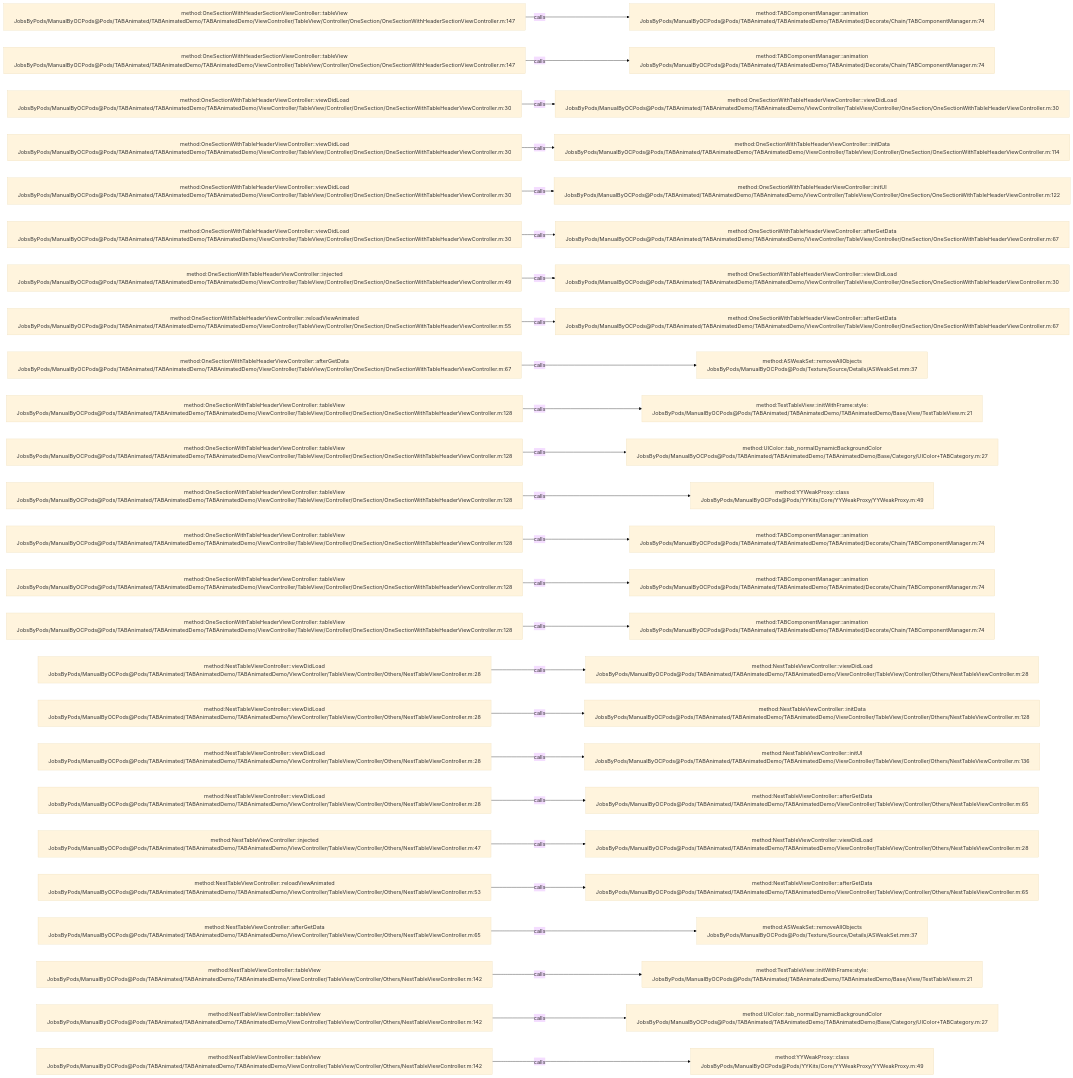
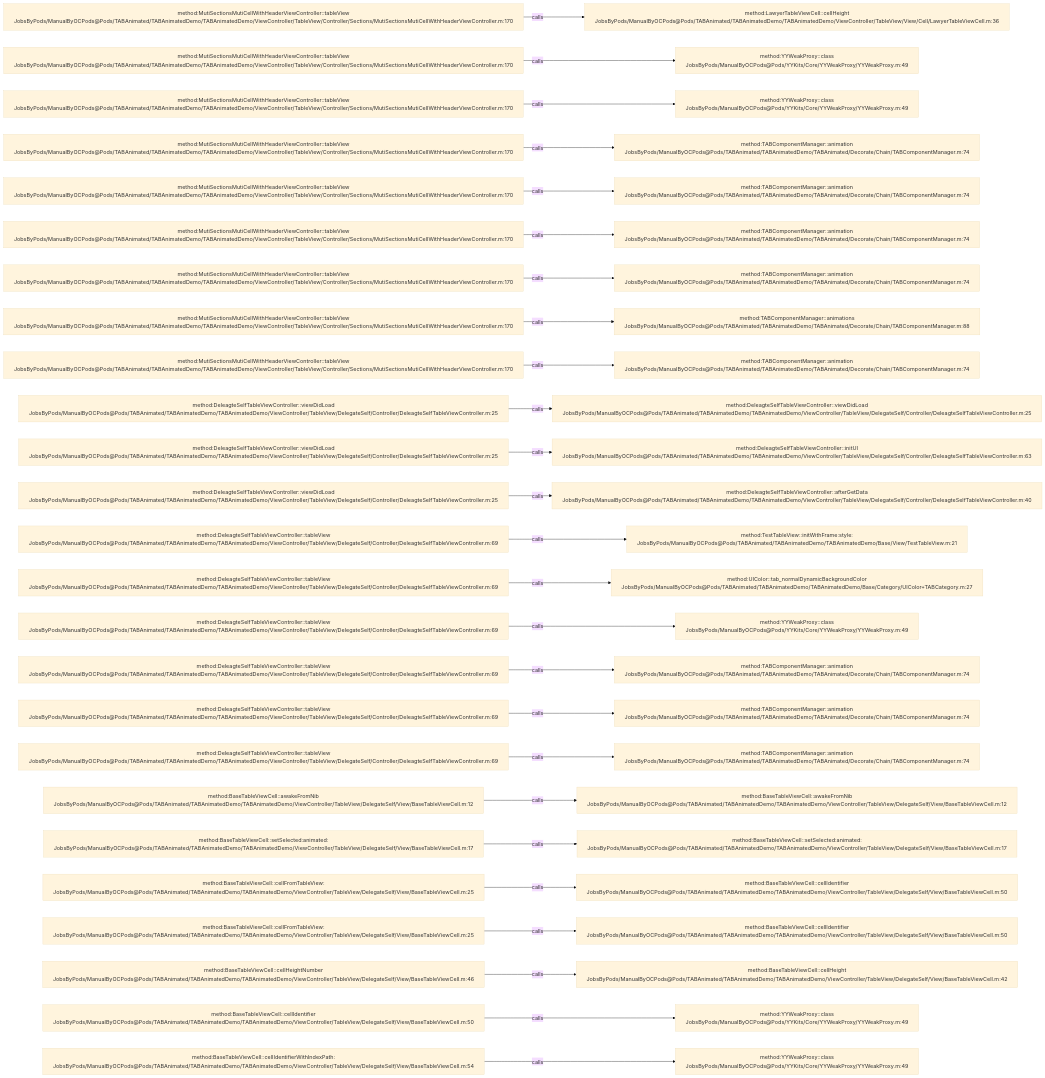
The diagram in .codegraph/codegraph.md/graphs/calls-055.md (JobsKits/JobsOCBaseConfigDemo), drawn with Mermaid (base theme) before and after one commit. The commit also changed 1448 other files, not shown here.

````diff
--- a/.codegraph/codegraph.md/graphs/calls-055.md
+++ b/.codegraph/codegraph.md/graphs/calls-055.md
@@ -13,78 +13,78 @@
 ```mermaid
 flowchart LR
-  S1["method:OneSectionWithHeaderSectionViewController::tableView<br/>JobsByPods/ManualByOCPods@Pods/TABAnimated/TABAnimatedDemo/TABAnimatedDemo/ViewController/TableView/Controller/OneSection/OneSectionWithHeaderSectionViewController.m:147"]
-  T1["method:TABComponentManager::animation<br/>JobsByPods/ManualByOCPods@Pods/TABAnimated/TABAnimatedDemo/TABAnimated/Decorate/Chain/TABComponentManager.m:74"]
+  S1["method:MutiSectionsMutiCellWithHeaderViewController::tableView<br/>JobsByPods/ManualByOCPods@Pods/TABAnimated/TABAnimatedDemo/TABAnimatedDemo/ViewController/TableView/Controller/Sections/MutiSectionsMutiCellWithHeaderViewController.m:170"]
+  T1["method:LawyerTableViewCell::cellHeight<br/>JobsByPods/ManualByOCPods@Pods/TABAnimated/TABAnimatedDemo/TABAnimatedDemo/ViewController/TableView/View/Cell/LawyerTableViewCell.m:36"]
   S1 -->|calls| T1
-  S2["method:OneSectionWithHeaderSectionViewController::tableView<br/>JobsByPods/ManualByOCPods@Pods/TABAnimated/TABAnimatedDemo/TABAnimatedDemo/ViewController/TableView/Controller/OneSection/OneSectionWithHeaderSectionViewController.m:147"]
-  T2["method:TABComponentManager::animation<br/>JobsByPods/ManualByOCPods@Pods/TABAnimated/TABAnimatedDemo/TABAnimated/Decorate/Chain/TABComponentManager.m:74"]
+  S2["method:MutiSectionsMutiCellWithHeaderViewController::tableView<br/>JobsByPods/ManualByOCPods@Pods/TABAnimated/TABAnimatedDemo/TABAnimatedDemo/ViewController/TableView/Controller/Sections/MutiSectionsMutiCellWithHeaderViewController.m:170"]
+  T2["method:YYWeakProxy::class<br/>JobsByPods/ManualByOCPods@Pods/YYKits/Core/YYWeakProxy/YYWeakProxy.m:49"]
   S2 -->|calls| T2
-  S3["method:OneSectionWithTableHeaderViewController::viewDidLoad<br/>JobsByPods/ManualByOCPods@Pods/TABAnimated/TABAnimatedDemo/TABAnimatedDemo/ViewController/TableView/Controller/OneSection/OneSectionWithTableHeaderViewController.m:30"]
-  T3["method:OneSectionWithTableHeaderViewController::viewDidLoad<br/>JobsByPods/ManualByOCPods@Pods/TABAnimated/TABAnimatedDemo/TABAnimatedDemo/ViewController/TableView/Controller/OneSection/OneSectionWithTableHeaderViewController.m:30"]
+  S3["method:MutiSectionsMutiCellWithHeaderViewController::tableView<br/>JobsByPods/ManualByOCPods@Pods/TABAnimated/TABAnimatedDemo/TABAnimatedDemo/ViewController/TableView/Controller/Sections/MutiSectionsMutiCellWithHeaderViewController.m:170"]
+  T3["method:YYWeakProxy::class<br/>JobsByPods/ManualByOCPods@Pods/YYKits/Core/YYWeakProxy/YYWeakProxy.m:49"]
   S3 -->|calls| T3
-  S4["method:OneSectionWithTableHeaderViewController::viewDidLoad<br/>JobsByPods/ManualByOCPods@Pods/TABAnimated/TABAnimatedDemo/TABAnimatedDemo/ViewController/TableView/Controller/OneSection/OneSectionWithTableHeaderViewController.m:30"]
-  T4["method:OneSectionWithTableHeaderViewController::initData<br/>JobsByPods/ManualByOCPods@Pods/TABAnimated/TABAnimatedDemo/TABAnimatedDemo/ViewController/TableView/Controller/OneSection/OneSectionWithTableHeaderViewController.m:114"]
+  S4["method:MutiSectionsMutiCellWithHeaderViewController::tableView<br/>JobsByPods/ManualByOCPods@Pods/TABAnimated/TABAnimatedDemo/TABAnimatedDemo/ViewController/TableView/Controller/Sections/MutiSectionsMutiCellWithHeaderViewController.m:170"]
+  T4["method:TABComponentManager::animation<br/>JobsByPods/ManualByOCPods@Pods/TABAnimated/TABAnimatedDemo/TABAnimated/Decorate/Chain/TABComponentManager.m:74"]
   S4 -->|calls| T4
-  S5["method:OneSectionWithTableHeaderViewController::viewDidLoad<br/>JobsByPods/ManualByOCPods@Pods/TABAnimated/TABAnimatedDemo/TABAnimatedDemo/ViewController/TableView/Controller/OneSection/OneSectionWithTableHeaderViewController.m:30"]
-  T5["method:OneSectionWithTableHeaderViewController::initUI<br/>JobsByPods/ManualByOCPods@Pods/TABAnimated/TABAnimatedDemo/TABAnimatedDemo/ViewController/TableView/Controller/OneSection/OneSectionWithTableHeaderViewController.m:122"]
+  S5["method:MutiSectionsMutiCellWithHeaderViewController::tableView<br/>JobsByPods/ManualByOCPods@Pods/TABAnimated/TABAnimatedDemo/TABAnimatedDemo/ViewController/TableView/Controller/Sections/MutiSectionsMutiCellWithHeaderViewController.m:170"]
+  T5["method:TABComponentManager::animation<br/>JobsByPods/ManualByOCPods@Pods/TABAnimated/TABAnimatedDemo/TABAnimated/Decorate/Chain/TABComponentManager.m:74"]
   S5 -->|calls| T5
-  S6["method:OneSectionWithTableHeaderViewController::viewDidLoad<br/>JobsByPods/ManualByOCPods@Pods/TABAnimated/TABAnimatedDemo/TABAnimatedDemo/ViewController/TableView/Controller/OneSection/OneSectionWithTableHeaderViewController.m:30"]
-  T6["method:OneSectionWithTableHeaderViewController::afterGetData<br/>JobsByPods/ManualByOCPods@Pods/TABAnimated/TABAnimatedDemo/TABAnimatedDemo/ViewController/TableView/Controller/OneSection/OneSectionWithTableHeaderViewController.m:67"]
+  S6["method:MutiSectionsMutiCellWithHeaderViewController::tableView<br/>JobsByPods/ManualByOCPods@Pods/TABAnimated/TABAnimatedDemo/TABAnimatedDemo/ViewController/TableView/Controller/Sections/MutiSectionsMutiCellWithHeaderViewController.m:170"]
+  T6["method:TABComponentManager::animation<br/>JobsByPods/ManualByOCPods@Pods/TABAnimated/TABAnimatedDemo/TABAnimated/Decorate/Chain/TABComponentManager.m:74"]
   S6 -->|calls| T6
-  S7["method:OneSectionWithTableHeaderViewController::injected<br/>JobsByPods/ManualByOCPods@Pods/TABAnimated/TABAnimatedDemo/TABAnimatedDemo/ViewController/TableView/Controller/OneSection/OneSectionWithTableHeaderViewController.m:49"]
-  T7["method:OneSectionWithTableHeaderViewController::viewDidLoad<br/>JobsByPods/ManualByOCPods@Pods/TABAnimated/TABAnimatedDemo/TABAnimatedDemo/ViewController/TableView/Controller/OneSection/OneSectionWithTableHeaderViewController.m:30"]
+  S7["method:MutiSectionsMutiCellWithHeaderViewController::tableView<br/>JobsByPods/ManualByOCPods@Pods/TABAnimated/TABAnimatedDemo/TABAnimatedDemo/ViewController/TableView/Controller/Sections/MutiSectionsMutiCellWithHeaderViewController.m:170"]
+  T7["method:TABComponentManager::animation<br/>JobsByPods/ManualByOCPods@Pods/TABAnimated/TABAnimatedDemo/TABAnimated/Decorate/Chain/TABComponentManager.m:74"]
   S7 -->|calls| T7
-  S8["method:OneSectionWithTableHeaderViewController::reloadViewAnimated<br/>JobsByPods/ManualByOCPods@Pods/TABAnimated/TABAnimatedDemo/TABAnimatedDemo/ViewController/TableView/Controller/OneSection/OneSectionWithTableHeaderViewController.m:55"]
-  T8["method:OneSectionWithTableHeaderViewController::afterGetData<br/>JobsByPods/ManualByOCPods@Pods/TABAnimated/TABAnimatedDemo/TABAnimatedDemo/ViewController/TableView/Controller/OneSection/OneSectionWithTableHeaderViewController.m:67"]
+  S8["method:MutiSectionsMutiCellWithHeaderViewController::tableView<br/>JobsByPods/ManualByOCPods@Pods/TABAnimated/TABAnimatedDemo/TABAnimatedDemo/ViewController/TableView/Controller/Sections/MutiSectionsMutiCellWithHeaderViewController.m:170"]
+  T8["method:TABComponentManager::animations<br/>JobsByPods/ManualByOCPods@Pods/TABAnimated/TABAnimatedDemo/TABAnimated/Decorate/Chain/TABComponentManager.m:88"]
   S8 -->|calls| T8
-  S9["method:OneSectionWithTableHeaderViewController::afterGetData<br/>JobsByPods/ManualByOCPods@Pods/TABAnimated/TABAnimatedDemo/TABAnimatedDemo/ViewController/TableView/Controller/OneSection/OneSectionWithTableHeaderViewController.m:67"]
-  T9["method:ASWeakSet::removeAllObjects<br/>JobsByPods/ManualByOCPods@Pods/Texture/Source/Details/ASWeakSet.mm:37"]
+  S9["method:MutiSectionsMutiCellWithHeaderViewController::tableView<br/>JobsByPods/ManualByOCPods@Pods/TABAnimated/TABAnimatedDemo/TABAnimatedDemo/ViewController/TableView/Controller/Sections/MutiSectionsMutiCellWithHeaderViewController.m:170"]
+  T9["method:TABComponentManager::animation<br/>JobsByPods/ManualByOCPods@Pods/TABAnimated/TABAnimatedDemo/TABAnimated/Decorate/Chain/TABComponentManager.m:74"]
   S9 -->|calls| T9
-  S10["method:OneSectionWithTableHeaderViewController::tableView<br/>JobsByPods/ManualByOCPods@Pods/TABAnimated/TABAnimatedDemo/TABAnimatedDemo/ViewController/TableView/Controller/OneSection/OneSectionWithTableHeaderViewController.m:128"]
-  T10["method:TestTableView::initWithFrame:style:<br/>JobsByPods/ManualByOCPods@Pods/TABAnimated/TABAnimatedDemo/TABAnimatedDemo/Base/View/TestTableView.m:21"]
+  S10["method:DeleagteSelfTableViewController::viewDidLoad<br/>JobsByPods/ManualByOCPods@Pods/TABAnimated/TABAnimatedDemo/TABAnimatedDemo/ViewController/TableView/DelegateSelf/Controller/DeleagteSelfTableViewController.m:25"]
+  T10["method:DeleagteSelfTableViewController::viewDidLoad<br/>JobsByPods/ManualByOCPods@Pods/TABAnimated/TABAnimatedDemo/TABAnimatedDemo/ViewController/TableView/DelegateSelf/Controller/DeleagteSelfTableViewController.m:25"]
   S10 -->|calls| T10
-  S11["method:OneSectionWithTableHeaderViewController::tableView<br/>JobsByPods/ManualByOCPods@Pods/TABAnimated/TABAnimatedDemo/TABAnimatedDemo/ViewController/TableView/Controller/OneSection/OneSectionWithTableHeaderViewController.m:128"]
-  T11["method:UIColor::tab_normalDynamicBackgroundColor<br/>JobsByPods/ManualByOCPods@Pods/TABAnimated/TABAnimatedDemo/TABAnimatedDemo/Base/Category/UIColor+TABCategory.m:27"]
+  S11["method:DeleagteSelfTableViewController::viewDidLoad<br/>JobsByPods/ManualByOCPods@Pods/TABAnimated/TABAnimatedDemo/TABAnimatedDemo/ViewController/TableView/DelegateSelf/Controller/DeleagteSelfTableViewController.m:25"]
+  T11["method:DeleagteSelfTableViewController::initUI<br/>JobsByPods/ManualByOCPods@Pods/TABAnimated/TABAnimatedDemo/TABAnimatedDemo/ViewController/TableView/DelegateSelf/Controller/DeleagteSelfTableViewController.m:63"]
   S11 -->|calls| T11
-  S12["method:OneSectionWithTableHeaderViewController::tableView<br/>JobsByPods/ManualByOCPods@Pods/TABAnimated/TABAnimatedDemo/TABAnimatedDemo/ViewController/TableView/Controller/OneSection/OneSectionWithTableHeaderViewController.m:128"]
-  T12["method:YYWeakProxy::class<br/>JobsByPods/ManualByOCPods@Pods/YYKits/Core/YYWeakProxy/YYWeakProxy.m:49"]
+  S12["method:DeleagteSelfTableViewController::viewDidLoad<br/>JobsByPods/ManualByOCPods@Pods/TABAnimated/TABAnimatedDemo/TABAnimatedDemo/ViewController/TableView/DelegateSelf/Controller/DeleagteSelfTableViewController.m:25"]
+  T12["method:DeleagteSelfTableViewController::afterGetData<br/>JobsByPods/ManualByOCPods@Pods/TABAnimated/TABAnimatedDemo/TABAnimatedDemo/ViewController/TableView/DelegateSelf/Controller/DeleagteSelfTableViewController.m:40"]
   S12 -->|calls| T12
-  S13["method:OneSectionWithTableHeaderViewController::tableView<br/>JobsByPods/ManualByOCPods@Pods/TABAnimated/TABAnimatedDemo/TABAnimatedDemo/ViewController/TableView/Controller/OneSection/OneSectionWithTableHeaderViewController.m:128"]
-  T13["method:TABComponentManager::animation<br/>JobsByPods/ManualByOCPods@Pods/TABAnimated/TABAnimatedDemo/TABAnimated/Decorate/Chain/TABComponentManager.m:74"]
+  S13["method:DeleagteSelfTableViewController::tableView<br/>JobsByPods/ManualByOCPods@Pods/TABAnimated/TABAnimatedDemo/TABAnimatedDemo/ViewController/TableView/DelegateSelf/Controller/DeleagteSelfTableViewController.m:69"]
+  T13["method:TestTableView::initWithFrame:style:<br/>JobsByPods/ManualByOCPods@Pods/TABAnimated/TABAnimatedDemo/TABAnimatedDemo/Base/View/TestTableView.m:21"]
   S13 -->|calls| T13
-  S14["method:OneSectionWithTableHeaderViewController::tableView<br/>JobsByPods/ManualByOCPods@Pods/TABAnimated/TABAnimatedDemo/TABAnimatedDemo/ViewController/TableView/Controller/OneSection/OneSectionWithTableHeaderViewController.m:128"]
-  T14["method:TABComponentManager::animation<br/>JobsByPods/ManualByOCPods@Pods/TABAnimated/TABAnimatedDemo/TABAnimated/Decorate/Chain/TABComponentManager.m:74"]
+  S14["method:DeleagteSelfTableViewController::tableView<br/>JobsByPods/ManualByOCPods@Pods/TABAnimated/TABAnimatedDemo/TABAnimatedDemo/ViewController/TableView/DelegateSelf/Controller/DeleagteSelfTableViewController.m:69"]
+  T14["method:UIColor::tab_normalDynamicBackgroundColor<br/>JobsByPods/ManualByOCPods@Pods/TABAnimated/TABAnimatedDemo/TABAnimatedDemo/Base/Category/UIColor+TABCategory.m:27"]
   S14 -->|calls| T14
-  S15["method:OneSectionWithTableHeaderViewController::tableView<br/>JobsByPods/ManualByOCPods@Pods/TABAnimated/TABAnimatedDemo/TABAnimatedDemo/ViewController/TableView/Controller/OneSection/OneSectionWithTableHeaderViewController.m:128"]
-  T15["method:TABComponentManager::animation<br/>JobsByPods/ManualByOCPods@Pods/TABAnimated/TABAnimatedDemo/TABAnimated/Decorate/Chain/TABComponentManager.m:74"]
+  S15["method:DeleagteSelfTableViewController::tableView<br/>JobsByPods/ManualByOCPods@Pods/TABAnimated/TABAnimatedDemo/TABAnimatedDemo/ViewController/TableView/DelegateSelf/Controller/DeleagteSelfTableViewController.m:69"]
+  T15["method:YYWeakProxy::class<br/>JobsByPods/ManualByOCPods@Pods/YYKits/Core/YYWeakProxy/YYWeakProxy.m:49"]
   S15 -->|calls| T15
-  S16["method:NestTableViewController::viewDidLoad<br/>JobsByPods/ManualByOCPods@Pods/TABAnimated/TABAnimatedDemo/TABAnimatedDemo/ViewController/TableView/Controller/Others/NestTableViewController.m:28"]
-  T16["method:NestTableViewController::viewDidLoad<br/>JobsByPods/ManualByOCPods@Pods/TABAnimated/TABAnimatedDemo/TABAnimatedDemo/ViewController/TableView/Controller/Others/NestTableViewController.m:28"]
+  S16["method:DeleagteSelfTableViewController::tableView<br/>JobsByPods/ManualByOCPods@Pods/TABAnimated/TABAnimatedDemo/TABAnimatedDemo/ViewController/TableView/DelegateSelf/Controller/DeleagteSelfTableViewController.m:69"]
+  T16["method:TABComponentManager::animation<br/>JobsByPods/ManualByOCPods@Pods/TABAnimated/TABAnimatedDemo/TABAnimated/Decorate/Chain/TABComponentManager.m:74"]
   S16 -->|calls| T16
-  S17["method:NestTableViewController::viewDidLoad<br/>JobsByPods/ManualByOCPods@Pods/TABAnimated/TABAnimatedDemo/TABAnimatedDemo/ViewController/TableView/Controller/Others/NestTableViewController.m:28"]
-  T17["method:NestTableViewController::initData<br/>JobsByPods/ManualByOCPods@Pods/TABAnimated/TABAnimatedDemo/TABAnimatedDemo/ViewController/TableView/Controller/Others/NestTableViewController.m:128"]
+  S17["method:DeleagteSelfTableViewController::tableView<br/>JobsByPods/ManualByOCPods@Pods/TABAnimated/TABAnimatedDemo/TABAnimatedDemo/ViewController/TableView/DelegateSelf/Controller/DeleagteSelfTableViewController.m:69"]
+  T17["method:TABComponentManager::animation<br/>JobsByPods/ManualByOCPods@Pods/TABAnimated/TABAnimatedDemo/TABAnimated/Decorate/Chain/TABComponentManager.m:74"]
   S17 -->|calls| T17
-  S18["method:NestTableViewController::viewDidLoad<br/>JobsByPods/ManualByOCPods@Pods/TABAnimated/TABAnimatedDemo/TABAnimatedDemo/ViewController/TableView/Controller/Others/NestTableViewController.m:28"]
-  T18["method:NestTableViewController::initUI<br/>JobsByPods/ManualByOCPods@Pods/TABAnimated/TABAnimatedDemo/TABAnimatedDemo/ViewController/TableView/Controller/Others/NestTableViewController.m:136"]
+  S18["method:DeleagteSelfTableViewController::tableView<br/>JobsByPods/ManualByOCPods@Pods/TABAnimated/TABAnimatedDemo/TABAnimatedDemo/ViewController/TableView/DelegateSelf/Controller/DeleagteSelfTableViewController.m:69"]
+  T18["method:TABComponentManager::animation<br/>JobsByPods/ManualByOCPods@Pods/TABAnimated/TABAnimatedDemo/TABAnimated/Decorate/Chain/TABComponentManager.m:74"]
   S18 -->|calls| T18
-  S19["method:NestTableViewController::viewDidLoad<br/>JobsByPods/ManualByOCPods@Pods/TABAnimated/TABAnimatedDemo/TABAnimatedDemo/ViewController/TableView/Controller/Others/NestTableViewController.m:28"]
-  T19["method:NestTableViewController::afterGetData<br/>JobsByPods/ManualByOCPods@Pods/TABAnimated/TABAnimatedDemo/TABAnimatedDemo/ViewController/TableView/Controller/Others/NestTableViewController.m:65"]
+  S19["method:BaseTableViewCell::awakeFromNib<br/>JobsByPods/ManualByOCPods@Pods/TABAnimated/TABAnimatedDemo/TABAnimatedDemo/ViewController/TableView/DelegateSelf/View/BaseTableViewCell.m:12"]
+  T19["method:BaseTableViewCell::awakeFromNib<br/>JobsByPods/ManualByOCPods@Pods/TABAnimated/TABAnimatedDemo/TABAnimatedDemo/ViewController/TableView/DelegateSelf/View/BaseTableViewCell.m:12"]
   S19 -->|calls| T19
-  S20["method:NestTableViewController::injected<br/>JobsByPods/ManualByOCPods@Pods/TABAnimated/TABAnimatedDemo/TABAnimatedDemo/ViewController/TableView/Controller/Others/NestTableViewController.m:47"]
-  T20["method:NestTableViewController::viewDidLoad<br/>JobsByPods/ManualByOCPods@Pods/TABAnimated/TABAnimatedDemo/TABAnimatedDemo/ViewController/TableView/Controller/Others/NestTableViewController.m:28"]
+  S20["method:BaseTableViewCell::setSelected:animated:<br/>JobsByPods/ManualByOCPods@Pods/TABAnimated/TABAnimatedDemo/TABAnimatedDemo/ViewController/TableView/DelegateSelf/View/BaseTableViewCell.m:17"]
+  T20["method:BaseTableViewCell::setSelected:animated:<br/>JobsByPods/ManualByOCPods@Pods/TABAnimated/TABAnimatedDemo/TABAnimatedDemo/ViewController/TableView/DelegateSelf/View/BaseTableViewCell.m:17"]
   S20 -->|calls| T20
-  S21["method:NestTableViewController::reloadViewAnimated<br/>JobsByPods/ManualByOCPods@Pods/TABAnimated/TABAnimatedDemo/TABAnimatedDemo/ViewController/TableView/Controller/Others/NestTableViewController.m:53"]
-  T21["method:NestTableViewController::afterGetData<br/>JobsByPods/ManualByOCPods@Pods/TABAnimated/TABAnimatedDemo/TABAnimatedDemo/ViewController/TableView/Controller/Others/NestTableViewController.m:65"]
+  S21["method:BaseTableViewCell::cellFromTableView:<br/>JobsByPods/ManualByOCPods@Pods/TABAnimated/TABAnimatedDemo/TABAnimatedDemo/ViewController/TableView/DelegateSelf/View/BaseTableViewCell.m:25"]
+  T21["method:BaseTableViewCell::cellIdentifier<br/>JobsByPods/ManualByOCPods@Pods/TABAnimated/TABAnimatedDemo/TABAnimatedDemo/ViewController/TableView/DelegateSelf/View/BaseTableViewCell.m:50"]
   S21 -->|calls| T21
-  S22["method:NestTableViewController::afterGetData<br/>JobsByPods/ManualByOCPods@Pods/TABAnimated/TABAnimatedDemo/TABAnimatedDemo/ViewController/TableView/Controller/Others/NestTableViewController.m:65"]
-  T22["method:ASWeakSet::removeAllObjects<br/>JobsByPods/ManualByOCPods@Pods/Texture/Source/Details/ASWeakSet.mm:37"]
+  S22["method:BaseTableViewCell::cellFromTableView:<br/>JobsByPods/ManualByOCPods@Pods/TABAnimated/TABAnimatedDemo/TABAnimatedDemo/ViewController/TableView/DelegateSelf/View/BaseTableViewCell.m:25"]
+  T22["method:BaseTableViewCell::cellIdentifier<br/>JobsByPods/ManualByOCPods@Pods/TABAnimated/TABAnimatedDemo/TABAnimatedDemo/ViewController/TableView/DelegateSelf/View/BaseTableViewCell.m:50"]
   S22 -->|calls| T22
-  S23["method:NestTableViewController::tableView<br/>JobsByPods/ManualByOCPods@Pods/TABAnimated/TABAnimatedDemo/TABAnimatedDemo/ViewController/TableView/Controller/Others/NestTableViewController.m:142"]
-  T23["method:TestTableView::initWithFrame:style:<br/>JobsByPods/ManualByOCPods@Pods/TABAnimated/TABAnimatedDemo/TABAnimatedDemo/Base/View/TestTableView.m:21"]
+  S23["method:BaseTableViewCell::cellHeightNumber<br/>JobsByPods/ManualByOCPods@Pods/TABAnimated/TABAnimatedDemo/TABAnimatedDemo/ViewController/TableView/DelegateSelf/View/BaseTableViewCell.m:46"]
+  T23["method:BaseTableViewCell::cellHeight<br/>JobsByPods/ManualByOCPods@Pods/TABAnimated/TABAnimatedDemo/TABAnimatedDemo/ViewController/TableView/DelegateSelf/View/BaseTableViewCell.m:42"]
   S23 -->|calls| T23
-  S24["method:NestTableViewController::tableView<br/>JobsByPods/ManualByOCPods@Pods/TABAnimated/TABAnimatedDemo/TABAnimatedDemo/ViewController/TableView/Controller/Others/NestTableViewController.m:142"]
-  T24["method:UIColor::tab_normalDynamicBackgroundColor<br/>JobsByPods/ManualByOCPods@Pods/TABAnimated/TABAnimatedDemo/TABAnimatedDemo/Base/Category/UIColor+TABCategory.m:27"]
+  S24["method:BaseTableViewCell::cellIdentifier<br/>JobsByPods/ManualByOCPods@Pods/TABAnimated/TABAnimatedDemo/TABAnimatedDemo/ViewController/TableView/DelegateSelf/View/BaseTableViewCell.m:50"]
+  T24["method:YYWeakProxy::class<br/>JobsByPods/ManualByOCPods@Pods/YYKits/Core/YYWeakProxy/YYWeakProxy.m:49"]
   S24 -->|calls| T24
-  S25["method:NestTableViewController::tableView<br/>JobsByPods/ManualByOCPods@Pods/TABAnimated/TABAnimatedDemo/TABAnimatedDemo/ViewController/TableView/Controller/Others/NestTableViewController.m:142"]
+  S25["method:BaseTableViewCell::cellIdentifierWithIndexPath:<br/>JobsByPods/ManualByOCPods@Pods/TABAnimated/TABAnimatedDemo/TABAnimatedDemo/ViewController/TableView/DelegateSelf/View/BaseTableViewCell.m:54"]
   T25["method:YYWeakProxy::class<br/>JobsByPods/ManualByOCPods@Pods/YYKits/Core/YYWeakProxy/YYWeakProxy.m:49"]
   S25 -->|calls| T25
 ```
````
